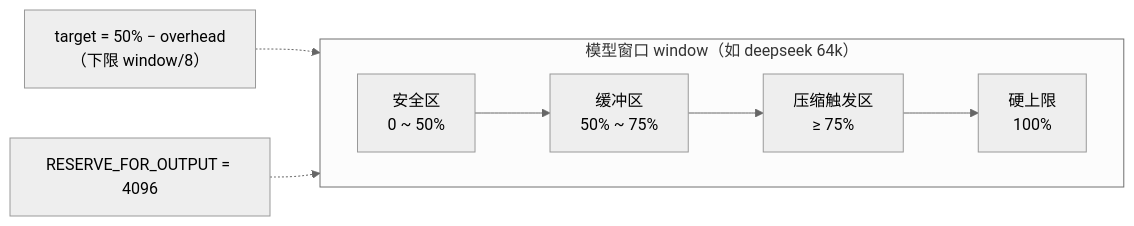
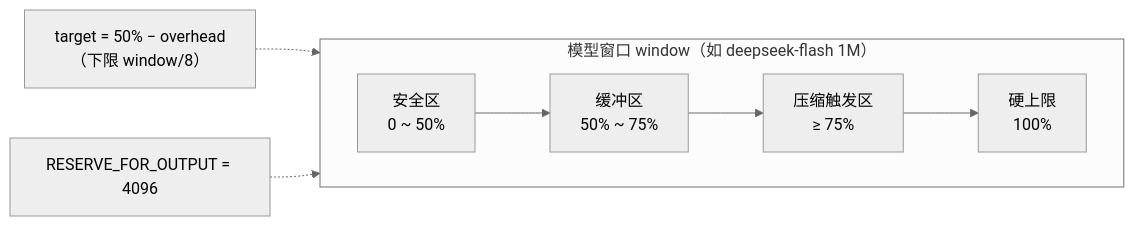
One commit to andyxu1234/soul_buddy changed the first of 9 diagrams in docs/modules/16-compact.md. Above: the diagram before and after it, drawn with Mermaid (neutral theme). The commit also changed other lines of this file and 61 other files, not shown here.

````diff
--- a/docs/modules/16-compact.md
+++ b/docs/modules/16-compact.md
@@ -88,11 +101,11 @@
 ```mermaid
 flowchart LR
-    subgraph W["模型窗口 window（如 deepseek 64k）"]
+    subgraph W["模型窗口 window（如 deepseek-flash 1M）"]
         direction LR
         A["安全区<br/>0 ~ 50%"] --> B["缓冲区<br/>50% ~ 75%"]
         B --> C["压缩触发区<br/>≥ 75%"]
         C --> D["硬上限<br/>100%"]
     end
     T["target = 50% − overhead<br/>（下限 window/8）"] -.-> A
     R["RESERVE_FOR_OUTPUT = 4096"] -.-> D
 ```
````
